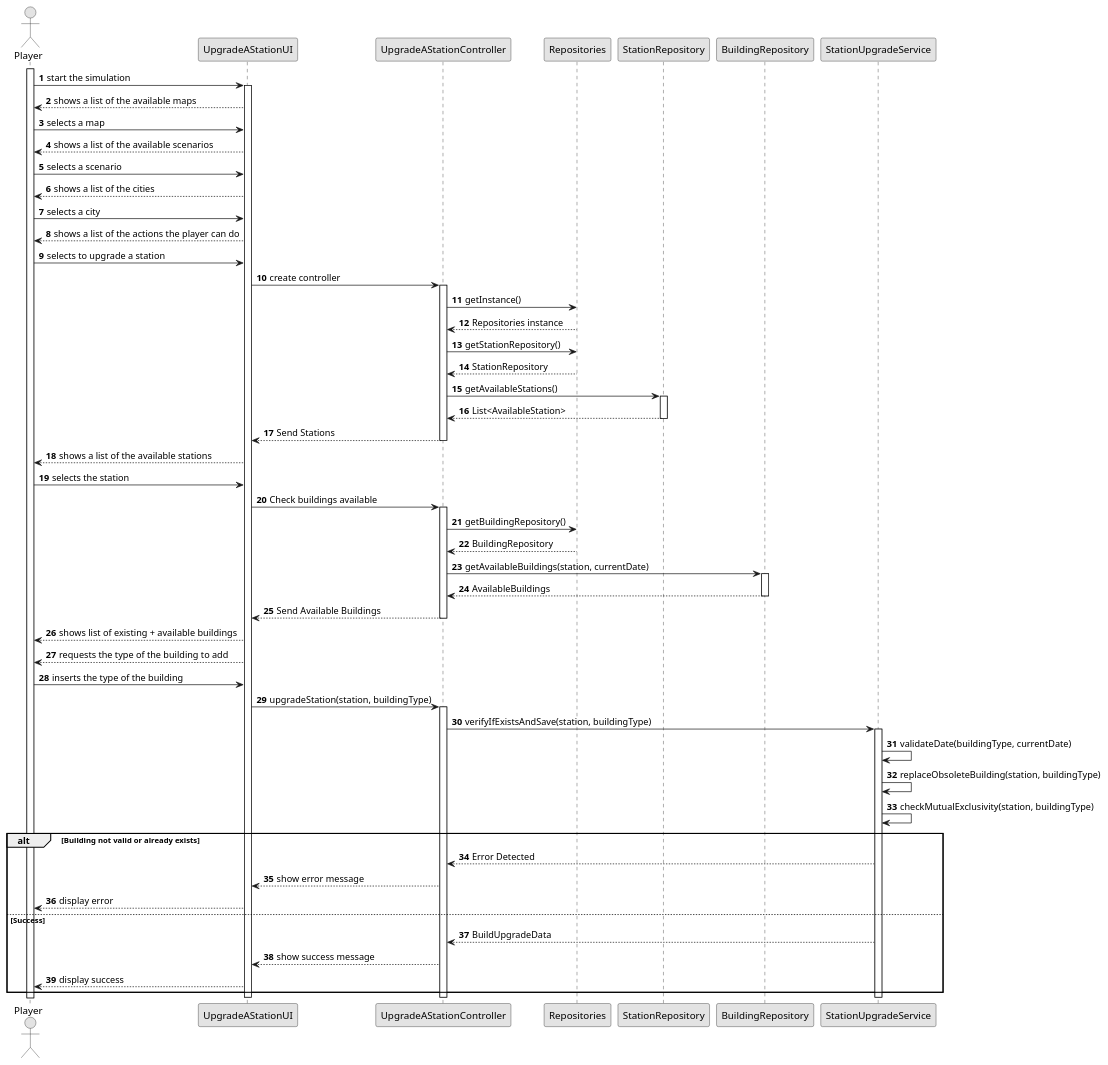
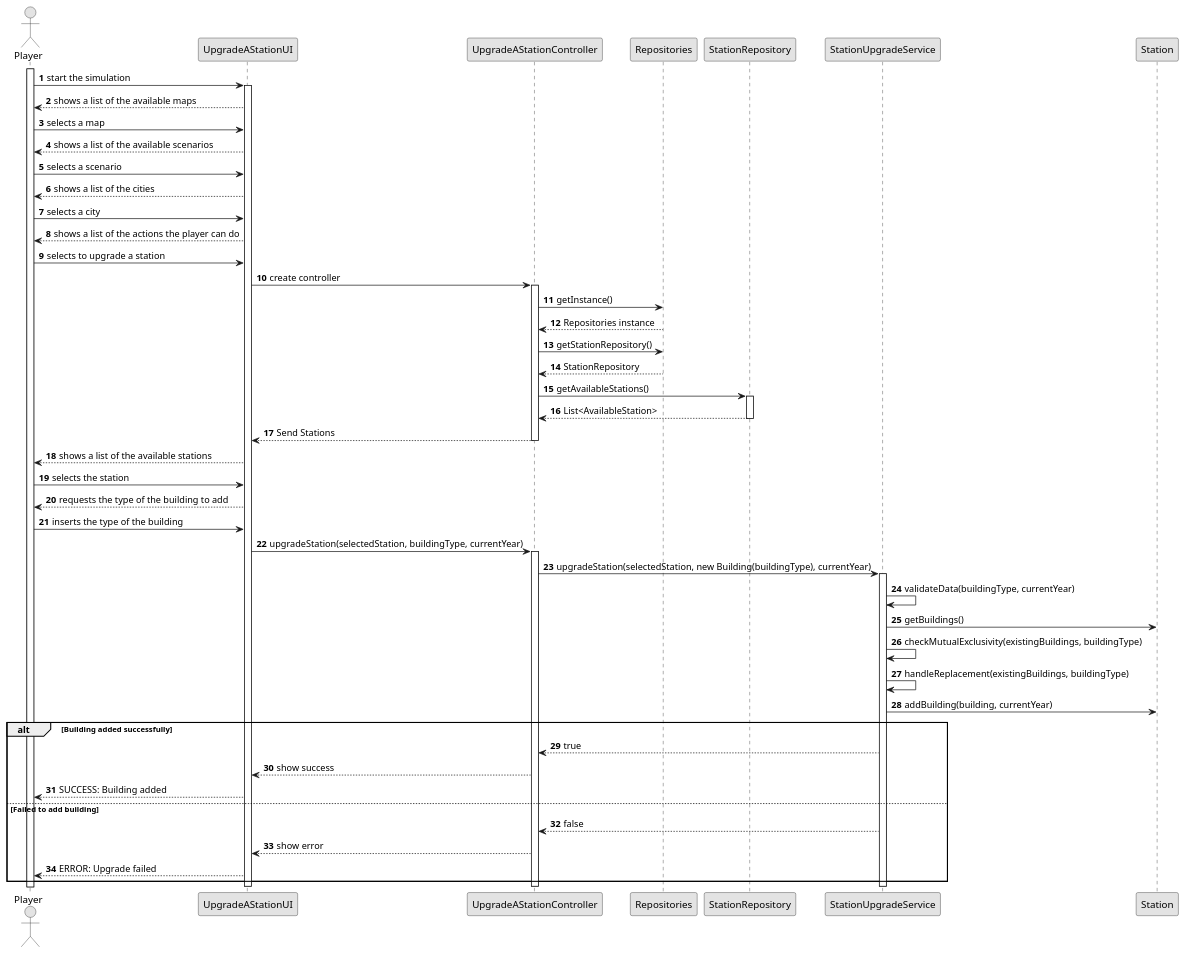
Before and after one commit to ivasduarte/all-aboard: the diagram in docs/sprint2/us006/03.design/puml/us006-sequence-diagram-full.puml, drawn with PlantUML.

Commit message:
US06(docs): full sequence diagram

```diff
--- a/docs/sprint2/us006/03.design/puml/us006-sequence-diagram-full.puml
+++ b/docs/sprint2/us006/03.design/puml/us006-sequence-diagram-full.puml
@@ -1,89 +1,79 @@
 @startuml
 skinparam monochrome true
 skinparam packageStyle rectangle
 skinparam shadowing false
 
 autonumber
 
 actor "Player" as Player
 participant "UpgradeAStationUI" as UI
 participant "UpgradeAStationController" as CTRL
 participant "Repositories" as Repos
 participant "StationRepository" as Station_REPO
-participant "BuildingRepository" as Building_REPO
 participant "StationUpgradeService" as UpgradeService
+participant "Station" as Station
 
 activate Player
 
 Player -> UI : start the simulation
 activate UI
 
 UI --> Player : shows a list of the available maps
 Player -> UI : selects a map
 UI --> Player : shows a list of the available scenarios
 Player -> UI : selects a scenario
 UI --> Player : shows a list of the cities
 Player -> UI : selects a city
 UI --> Player : shows a list of the actions the player can do
 Player -> UI : selects to upgrade a station
 
 UI -> CTRL : create controller
 activate CTRL
 
 CTRL -> Repos : getInstance()
 Repos --> CTRL : Repositories instance
 
 CTRL -> Repos : getStationRepository()
 Repos --> CTRL : StationRepository
 
 CTRL -> Station_REPO : getAvailableStations()
 activate Station_REPO
 Station_REPO --> CTRL : List<AvailableStation>
 deactivate Station_REPO
 
 CTRL --> UI : Send Stations
 deactivate CTRL
 
 UI --> Player : shows a list of the available stations
 Player -> UI : selects the station
-UI -> CTRL : Check buildings available
+
+UI --> Player : requests the type of the building to add
+Player -> UI : inserts the type of the building
+
+UI -> CTRL : upgradeStation(selectedStation, buildingType, currentYear)
 activate CTRL
 
-CTRL -> Repos : getBuildingRepository()
-Repos --> CTRL : BuildingRepository
+CTRL -> UpgradeService : upgradeStation(selectedStation, new Building(buildingType), currentYear)
+activate UpgradeService
 
-CTRL -> Building_REPO : getAvailableBuildings(station, currentDate)
-activate Building_REPO
-Building_REPO --> CTRL : AvailableBuildings
-deactivate Building_REPO
+UpgradeService -> UpgradeService : validateData(buildingType, currentYear)
+UpgradeService -> Station : getBuildings()
+UpgradeService -> UpgradeService : checkMutualExclusivity(existingBuildings, buildingType)
+UpgradeService -> UpgradeService : handleReplacement(existingBuildings, buildingType)
+UpgradeService -> Station : addBuilding(building, currentYear)
 
-CTRL --> UI : Send Available Buildings
-deactivate CTRL
-
-UI --> Player : shows list of existing + available buildings
-UI --> Player : requests the type of the building to add
-Player -> UI : inserts the type of the building
-UI -> CTRL : upgradeStation(station, buildingType)
-activate CTRL
-
-CTRL -> UpgradeService : verifyIfExistsAndSave(station, buildingType)
-activate UpgradeService
-UpgradeService -> UpgradeService : validateDate(buildingType, currentDate)
-UpgradeService -> UpgradeService : replaceObsoleteBuilding(station, buildingType)
-UpgradeService -> UpgradeService : checkMutualExclusivity(station, buildingType)
-
-alt Building not valid or already exists
-    UpgradeService --> CTRL : Error Detected
-    CTRL --> UI : show error message
-    UI --> Player : display error
-else Success
-    UpgradeService --> CTRL : BuildUpgradeData
-    CTRL --> UI : show success message
-    UI --> Player : display success
+alt Building added successfully
+    UpgradeService --> CTRL : true
+    CTRL --> UI : show success
+    UI --> Player : SUCCESS: Building added
+else Failed to add building
+    UpgradeService --> CTRL : false
+    CTRL --> UI : show error
+    UI --> Player : ERROR: Upgrade failed
 end
 
 deactivate UpgradeService
 deactivate CTRL
 deactivate UI
 
 @enduml
```
